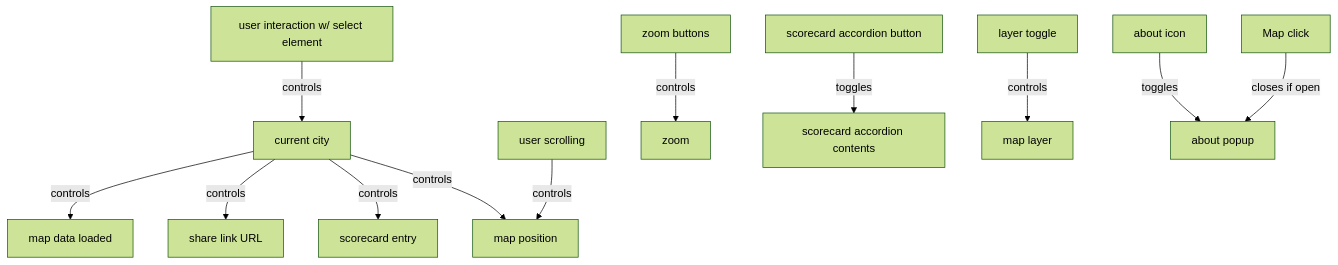
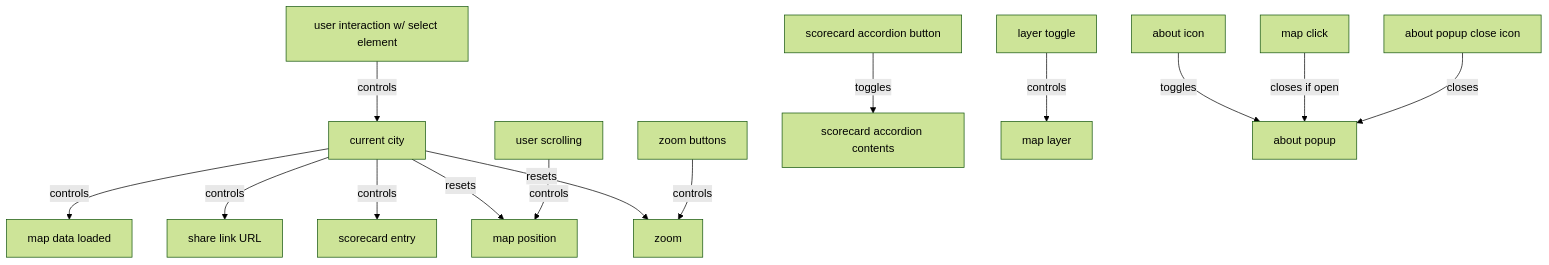
One commit to ParkingReformNetwork/parking-lot-map changed the diagram in README.md. Above: the diagram before and after it, drawn with Mermaid (forest theme). The commit also changed 2 other files, not shown here.

Commit message:
Add missing state diagram interactions (#247)
Also fixes bad style for the zoom controls I didn't realize we had.

````diff
--- a/README.md
+++ b/README.md
@@ -143,16 +143,20 @@
 ```mermaid
 graph TD
+    F[user interaction w/ select element] -->|controls| A
+
     A[current city] -->|controls| B[map data loaded]
     A -->|controls| C[share link URL]
     A -->|controls| D[scorecard entry]
-    A -->|controls| E[map position]
+    A -->|resets| E[map position]
+    A -->|resets| G[zoom]
 
-    F[user interaction w/ select element] -->|controls| A
-    G[user scrolling] -->|controls| E
-    H[zoom buttons] -->|controls| I[zoom]
+    H[user scrolling] -->|controls| E
+
+    R[zoom buttons] -->|controls| G[zoom]
     J[scorecard accordion button] -->|toggles| K[scorecard accordion contents]
     L[layer toggle] -->|controls| M[map layer]
 
     N[about icon] -->|toggles| O[about popup]
-    P[Map click] -->|closes if open| O
+    P[map click] -->|closes if open| O
+    Q[about popup close icon] -->|closes| O
 ```
````
